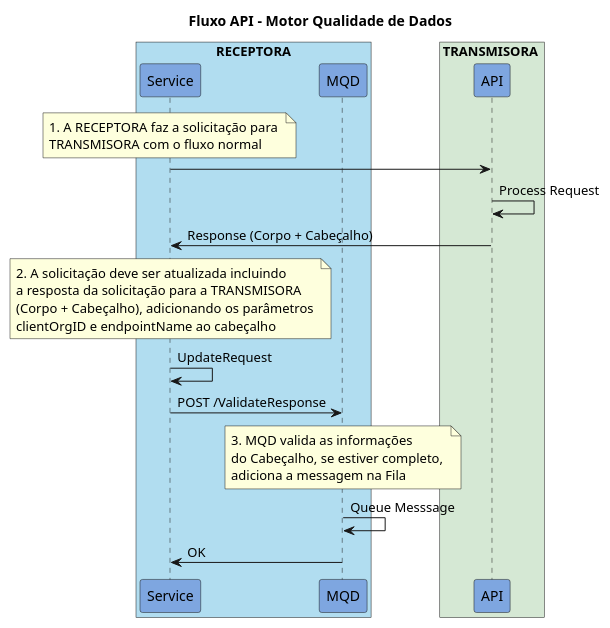
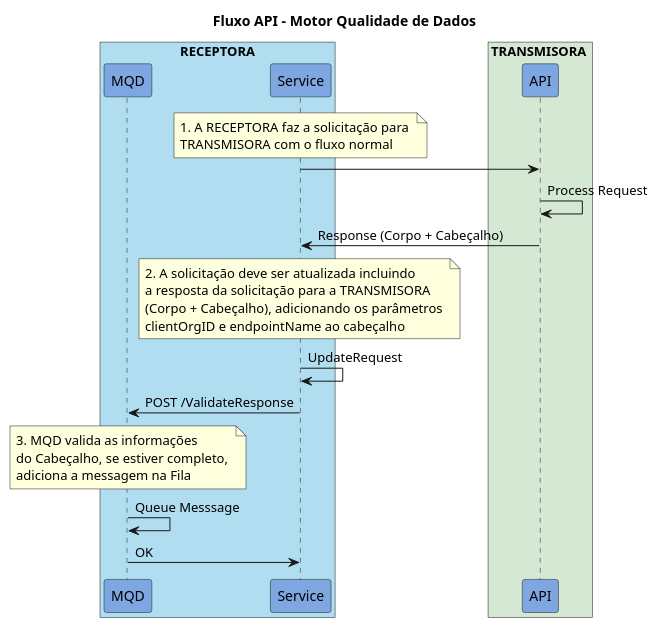
Before and after one commit to OpenBanking-Brasil/mqd-client: the diagram in docs/Arquitetura/fluxo_API.plantuml, drawn with PlantUML. The commit also changed other lines of this file and 20 other files, not shown here.

```diff
--- a/docs/Arquitetura/fluxo_API.plantuml
+++ b/docs/Arquitetura/fluxo_API.plantuml
@@ -1,39 +1,39 @@
 @startuml
 title Fluxo API - Motor Qualidade de Dados
 
 box "RECEPTORA" #B1DDF0
+  participant MQD #7EA6E0
   participant Service #7EA6E0
-  participant MQD #7EA6E0
 end box
 
 box TRANSMISORA #D5E8D4
   participant API #7EA6E0
 end box
 
 note over Service 
    1. A RECEPTORA faz a solicitação para 
    TRANSMISORA com o fluxo normal
 end note
 
 Service -> API
 API -> API: Process Request
 API -> Service: Response (Corpo + Cabeçalho)
   note over Service 
      2. A solicitação deve ser atualizada incluindo 
      a resposta da solicitação para a TRANSMISORA
      (Corpo + Cabeçalho), adicionando os parâmetros 
      clientOrgID e endpointName ao cabeçalho 
   end note
 Service -> Service: UpdateRequest
 
 
 
 Service -> MQD: POST /ValidateResponse
 note over MQD
   3. MQD valida as informações 
   do Cabeçalho, se estiver completo, 
   adiciona a messagem na Fila
 end note
 MQD -> MQD: Queue Messsage
 MQD -> Service: OK
 @enduml
```
